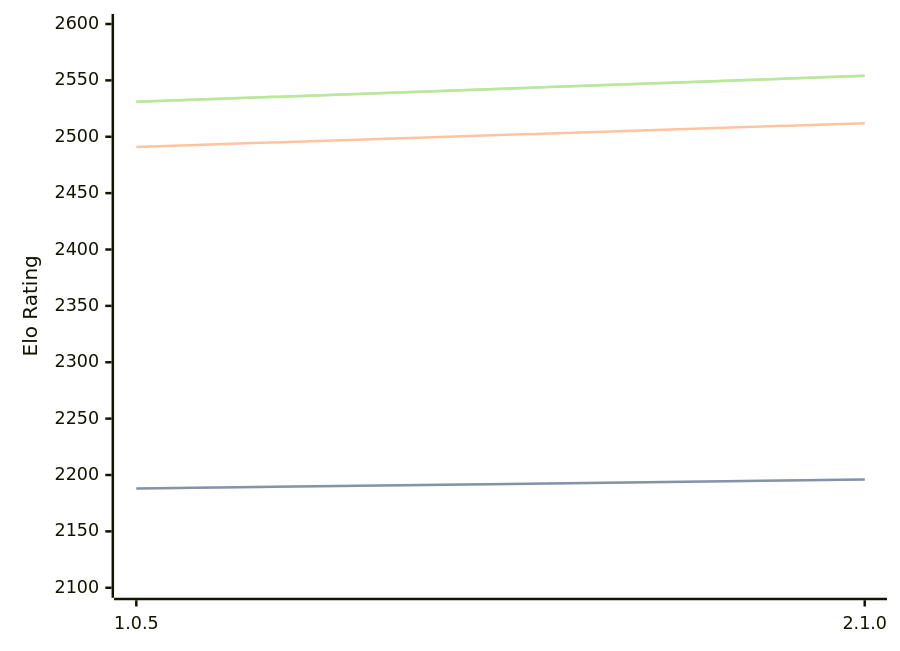
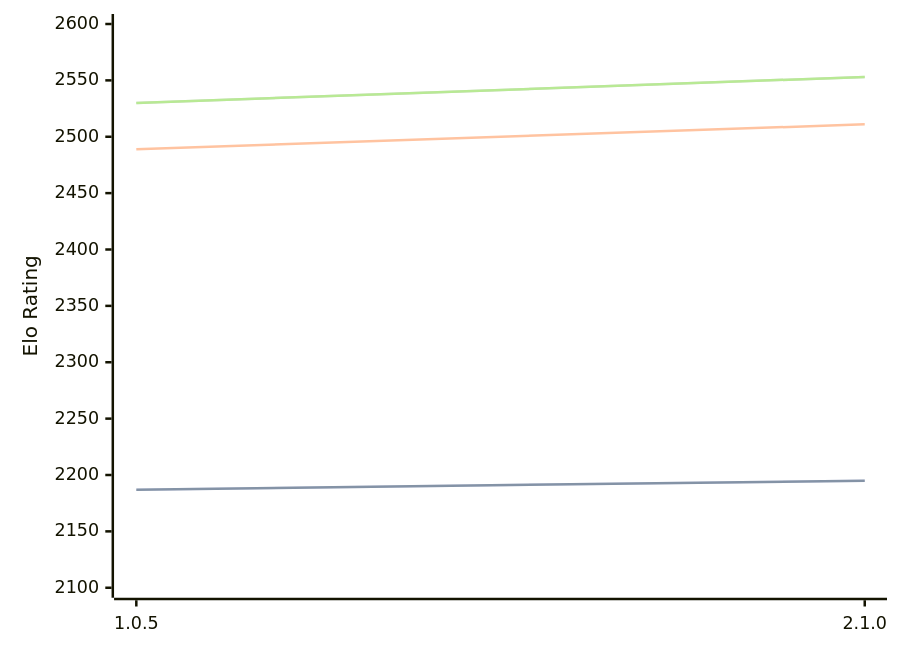
Before and after one commit to computer-chess-index/cci: the diagram in engines/Ruffian.md, drawn with Mermaid. The commit also changed other lines of this file, not shown here.

Commit message:
Update CCI Ratings (ELO VLTC) - 2026-03-08

````diff
--- a/engines/Ruffian.md
+++ b/engines/Ruffian.md
@@ -30,11 +30,11 @@
 ```mermaid
 %%{init: {"theme":"base","themeVariables":{"seriesColors:['#a3a3a3','#222221','#faa371']}}}%%
 xychart-beta
   x-axis ["1.0.5", "2.1.0"]
   y-axis "Elo Rating" 2100 --> 2600
-  line "STC (8.0+0.08s)" [2188, 2196]
-  line "STC (8.0+0.08s)" [2188, 2196]
-  line "LTC (60.0+0.60s)" [2491, 2512]
-  line "VLTC (2m24s+1.12s)" [2531, 2554]
-  line "VLTC (2m24s+1.12s)" [2531, 2554]
+  line "STC (8.0+0.08s)" [2187, 2195]
+  line "STC (8.0+0.08s)" [2187, 2195]
+  line "LTC (60.0+0.60s)" [2489, 2511]
+  line "VLTC (2m24s+1.12s)" [2530, 2553]
+  line "VLTC (2m24s+1.12s)" [2530, 2553]
 ```
````
